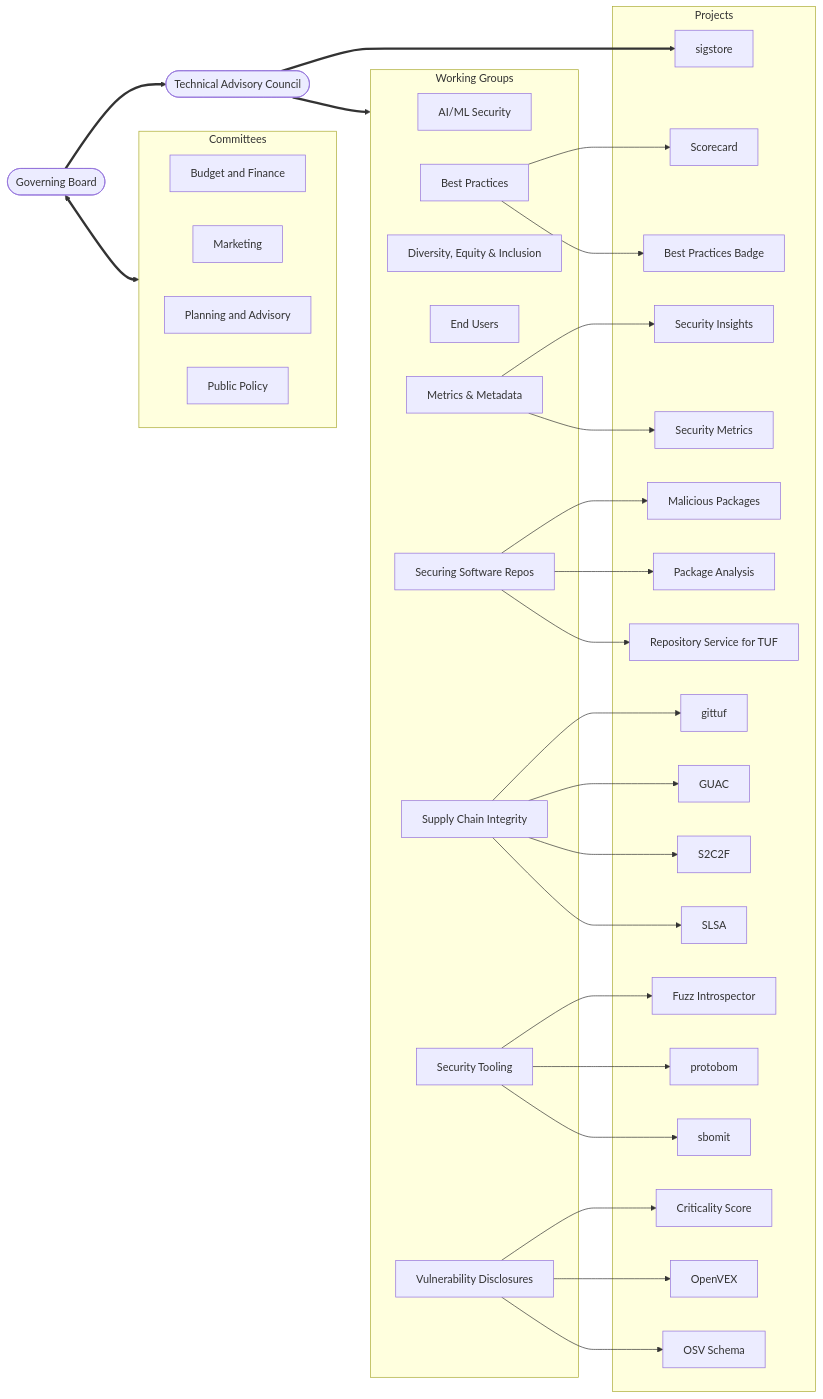
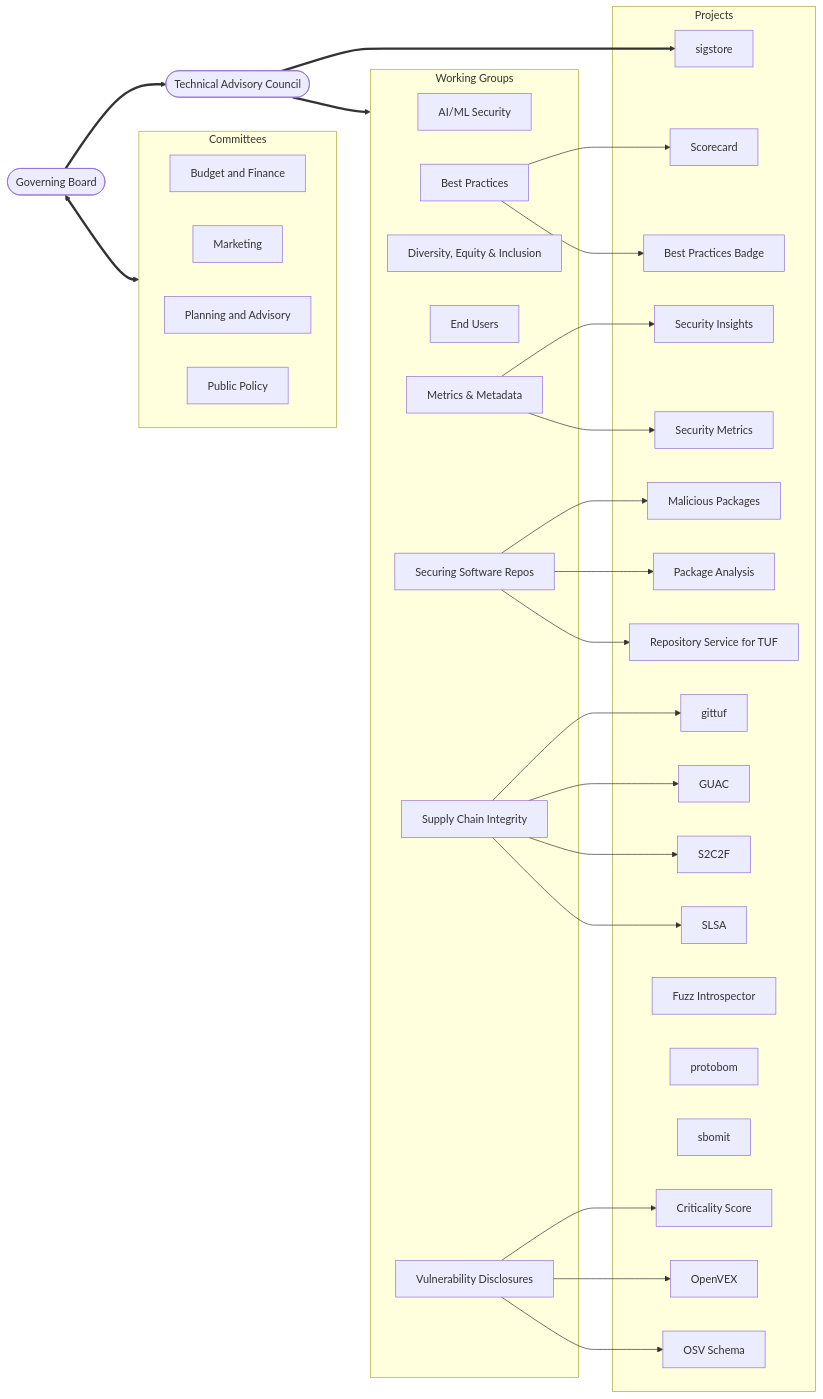
One commit to ossf/tac changed the diagram in organizational-structure-overview.md. Above: the diagram before and after it, drawn with Mermaid. The commit also changed 2 other files, not shown here.

Commit message:
Security Tooling WG Archive Application (#644)

````diff
--- a/organizational-structure-overview.md
+++ b/organizational-structure-overview.md
@@ -51,68 +51,64 @@
 ```mermaid
 flowchart LR
     GB([Governing Board])
 
     subgraph subC[Committees]
         direction LR
         Budget[Budget and Finance]
         Market[Marketing]
         Plan[Planning and Advisory]
         Policy[Public Policy]
     end
     GB <==> subC
     GB ==> TAC([Technical Advisory Council])
 
     subgraph WG[Working Groups]
         AI[AI/ML Security]
         BP[Best Practices]
         DEI[Diversity, Equity & Inclusion]
         EU[End Users]
         MM[Metrics & Metadata]
         REP[Securing Software Repos]
         SCI[Supply Chain Integrity]
-        ST[Security Tooling]
         VD[Vulnerability Disclosures]
     end
 
     subgraph projects[Projects]
        Scorecard[Scorecard]
        BPB[Best Practices Badge]
        SI[Security Insights]
        SM[Security Metrics]
        MP[Malicious Packages]
        PA[Package Analysis]
        Rstuf[Repository Service for TUF]
        Gittuf[gittuf]
        GUAC[GUAC]
        SLSA[SLSA]
        S2C2F
        Sigstore[sigstore]
        FI[Fuzz Introspector]
        Protobom[protobom]
        Sbomit[sbomit]
        CS[Criticality Score]
        OpenVEX[OpenVEX]
        OSV[OSV Schema]
     end
 
     TAC ==> WG
     TAC ==> Sigstore
 
     BP --> Scorecard
     BP --> BPB
     MM --> SI
     MM --> SM
     REP --> MP
     REP --> PA
     REP --> Rstuf
     SCI --> Gittuf
     SCI --> GUAC
     SCI --> S2C2F
     SCI --> SLSA
-    ST --> FI
-    ST --> Protobom
-    ST --> Sbomit
     VD --> CS
     VD --> OpenVEX
     VD --> OSV
 ```
````
